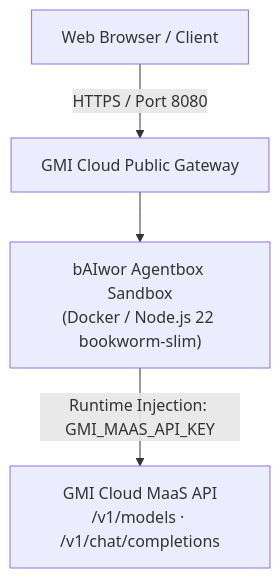
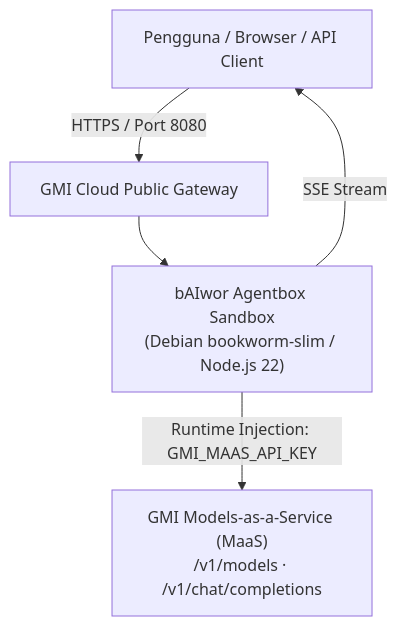
One commit to bAIwor/agentbox changed the diagram in README.md. Above: the diagram before and after it, drawn with Mermaid. The commit also changed other lines of this file, not shown here.

Commit message:
docs: selaraskan dokumentasi agentbox penuh dengan standar gmicloud.ai/en/models/agentbox

````diff
--- a/README.md
+++ b/README.md
@@ -42,6 +62,7 @@
 ```mermaid
 flowchart TD
-    User["Web Browser / Client"] -->|HTTPS / Port 8080| GMI_GW["GMI Cloud Public Gateway"]
-    GMI_GW --> Box["bAIwor Agentbox Sandbox<br/>(Docker / Node.js 22 bookworm-slim)"]
-    Box -->|Runtime Injection: GMI_MAAS_API_KEY| GMI_MaaS["GMI Cloud MaaS API<br/>/v1/models · /v1/chat/completions"]
+    Client["Pengguna / Browser / API Client"] -->|HTTPS / Port 8080| GMI_GW["GMI Cloud Public Gateway"]
+    GMI_GW --> Box["bAIwor Agentbox Sandbox<br/>(Debian bookworm-slim / Node.js 22)"]
+    Box -->|Runtime Injection: GMI_MAAS_API_KEY| GMI_MaaS["GMI Models-as-a-Service (MaaS)<br/>/v1/models · /v1/chat/completions"]
+    Box -->|SSE Stream| Client
 ```
````
